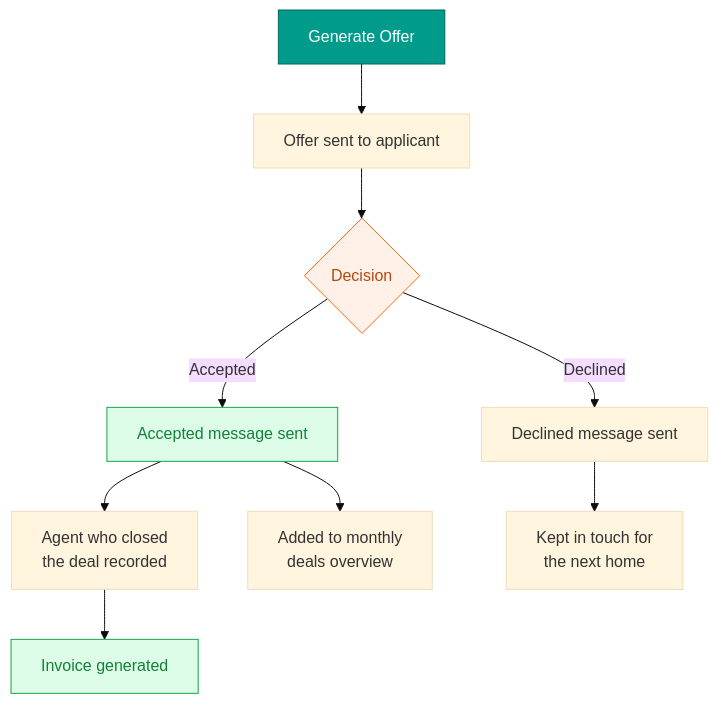
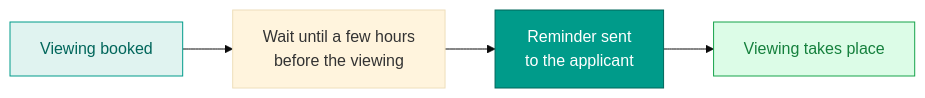
One commit to ApartmentHub03/ApartmentHub changed the seventh of 7 diagrams in docs/ApartmentHub-CRM.md. Above: the diagram before and after it, drawn with Mermaid (base theme). The commit also changed other lines of this file, not shown here.

First line of the commit message:
docs: restructure CRM overview into 4 sections

````diff
--- a/docs/ApartmentHub-CRM.md
+++ b/docs/ApartmentHub-CRM.md
@@ -206,15 +146,9 @@
 ```mermaid
-flowchart TD
-    GEN[Generate Offer] --> SENT[Offer sent to applicant]
-    SENT --> DEC{Decision}
-    DEC -->|Accepted| OA[Accepted message sent]
-    OA --> AGT[Agent who closed<br/>the deal recorded]
-    OA --> SHEET[Added to monthly<br/>deals overview]
-    AGT --> INV[Invoice generated]
-    DEC -->|Declined| OD[Declined message sent]
-    OD --> KEEP[Kept in touch for<br/>the next home]
-    style GEN fill:#009B8A,stroke:#00665b,color:#fff
-    style DEC fill:#fff1e8,stroke:#F36B19,color:#b4490f
-    style OA fill:#dcfce7,stroke:#16a34a,color:#15803D
-    style INV fill:#dcfce7,stroke:#16a34a,color:#15803D
+flowchart LR
+    BOOK[Viewing booked] --> WAIT[Wait until a few hours<br/>before the viewing]
+    WAIT --> SEND[Reminder sent<br/>to the applicant]
+    SEND --> VIEW[Viewing takes place]
+    style BOOK fill:#e0f3f0,stroke:#009B8A,color:#00665b
+    style SEND fill:#009B8A,stroke:#00665b,color:#fff
+    style VIEW fill:#dcfce7,stroke:#16a34a,color:#15803D
 ```
````
